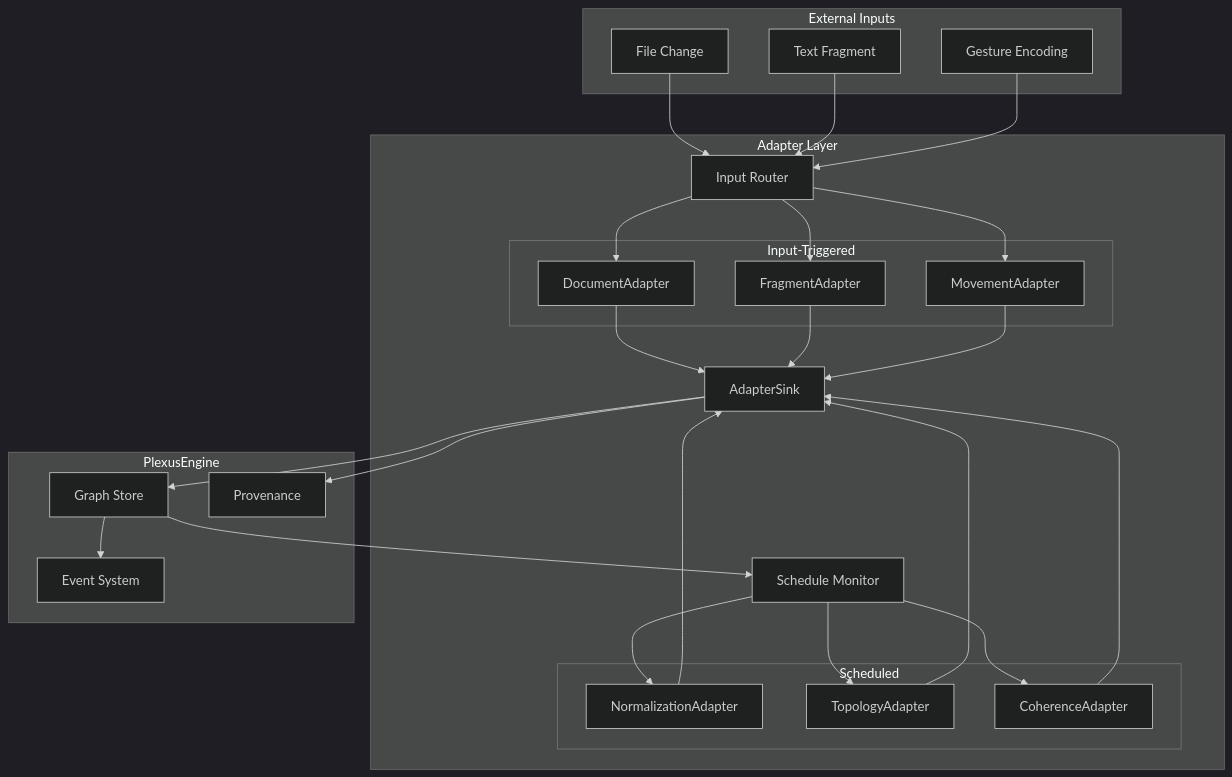
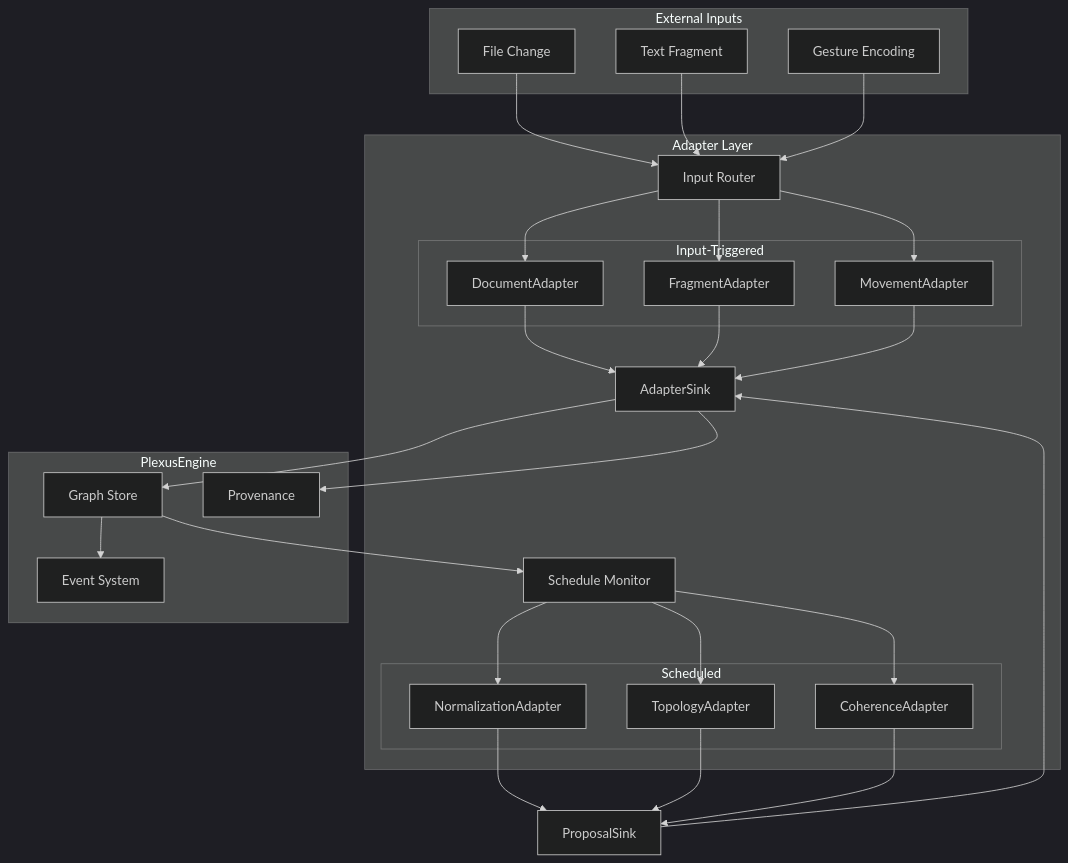
Before and after one commit to nrgforge/plexus: the first of 10 diagrams in docs/semantic-adapters-design.md, drawn with Mermaid (dark theme). The commit also changed other lines of this file and 2 other files, not shown here.

First line of the commit message:
docs: strengthen ADR-001 after review — async emit, ProposalSink, terminology

````diff
--- a/docs/semantic-adapters-design.md
+++ b/docs/semantic-adapters-design.md
@@ -9,58 +23,60 @@
 ```mermaid
 flowchart TB
     subgraph inputs ["External Inputs"]
         FC["File Change"]
         TF["Text Fragment"]
         GE["Gesture Encoding"]
     end
 
     subgraph adapter_layer ["Adapter Layer"]
         Router["Input Router"]
         SchedMon["Schedule Monitor"]
 
         subgraph input_adapters ["Input-Triggered"]
             SA_doc["DocumentAdapter"]
             SA_frag["FragmentAdapter"]
             SA_move["MovementAdapter"]
         end
 
         subgraph scheduled_adapters ["Scheduled"]
             RA_norm["NormalizationAdapter"]
             RA_topo["TopologyAdapter"]
             RA_cohere["CoherenceAdapter"]
         end
 
         Sink["AdapterSink"]
     end
 
     subgraph engine ["PlexusEngine"]
         Graph["Graph Store"]
         Events["Event System"]
         Prov["Provenance"]
     end
 
     FC --> Router
     TF --> Router
     GE --> Router
 
     Router --> SA_doc
     Router --> SA_frag
     Router --> SA_move
 
     SA_doc --> Sink
     SA_frag --> Sink
     SA_move --> Sink
 
     Sink --> Graph
     Sink --> Prov
 
     Graph --> SchedMon
     SchedMon --> RA_norm
     SchedMon --> RA_topo
     SchedMon --> RA_cohere
-    RA_norm --> Sink
-    RA_topo --> Sink
-    RA_cohere --> Sink
+    PSink["ProposalSink"]
+    RA_norm --> PSink
+    RA_topo --> PSink
+    RA_cohere --> PSink
+    PSink --> Sink
 
     Graph --> Events
 ```
````
